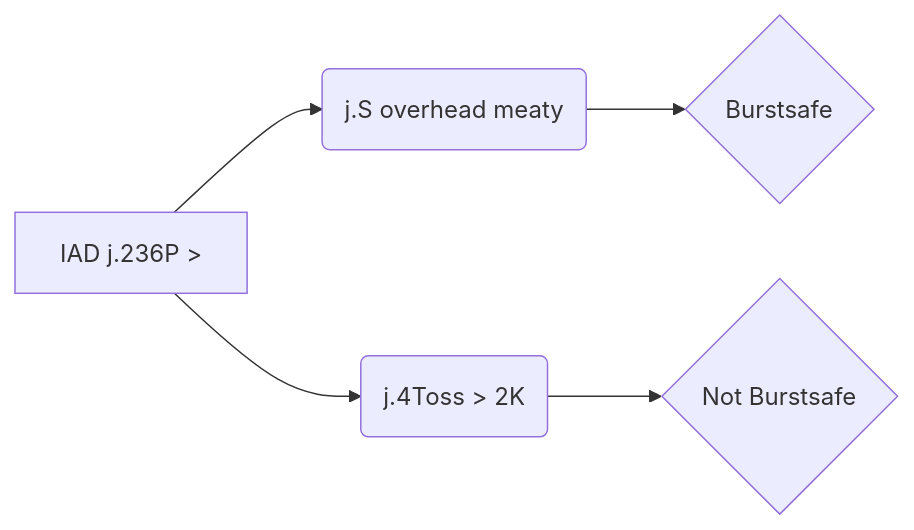
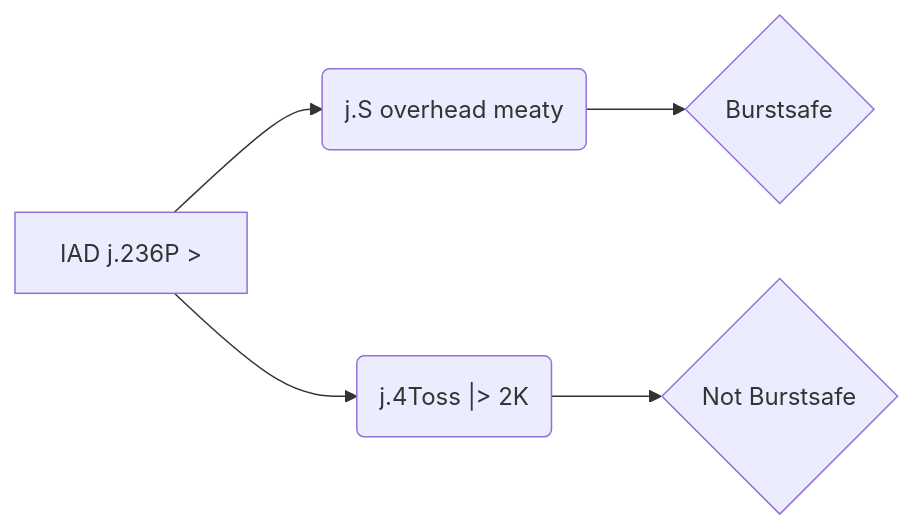
One commit to OriolFilter/Elphelt changed the diagram in ComboStructure/Safejumps/README.md. Above: the diagram before and after it, drawn with Mermaid. The commit also changed other lines of this file and 5 other files, not shown here.

````diff
--- a/ComboStructure/Safejumps/README.md
+++ b/ComboStructure/Safejumps/README.md
@@ -7,7 +10,7 @@
 ```mermaid
 graph LR
     A[IAD j.236P > ] --> B(j.S overhead meaty)
-    A --> C(j.4Toss > 2K)
+    A --> C("j.4Toss |> 2K")
     B --> D{Burstsafe}
     C--> E{Not Burstsafe}
 ```
````
